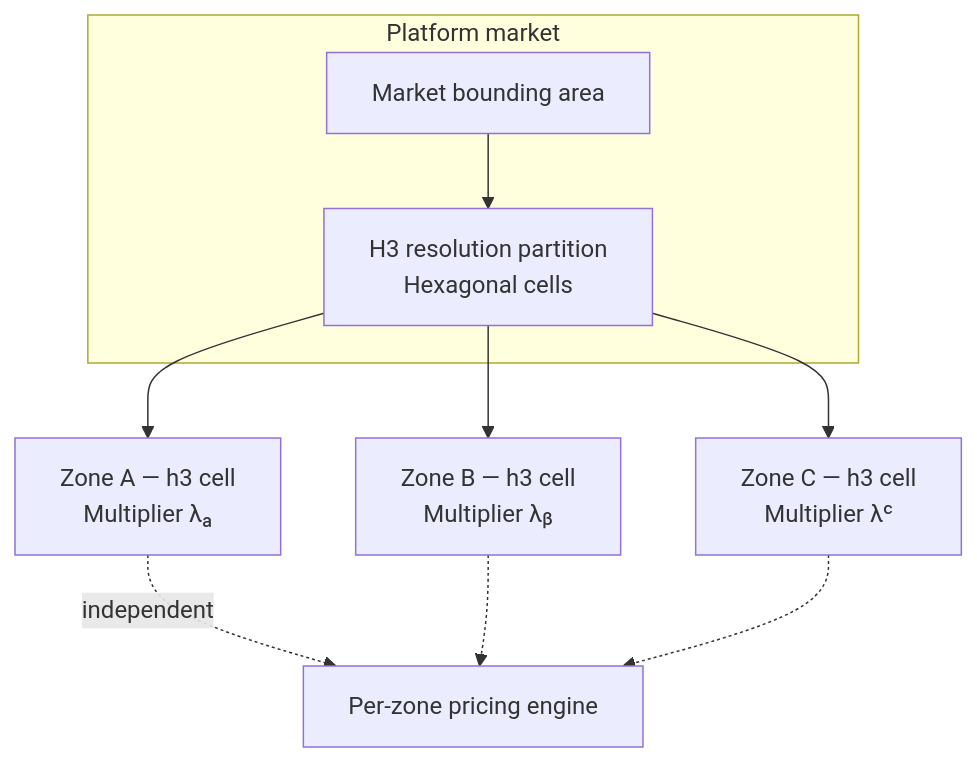
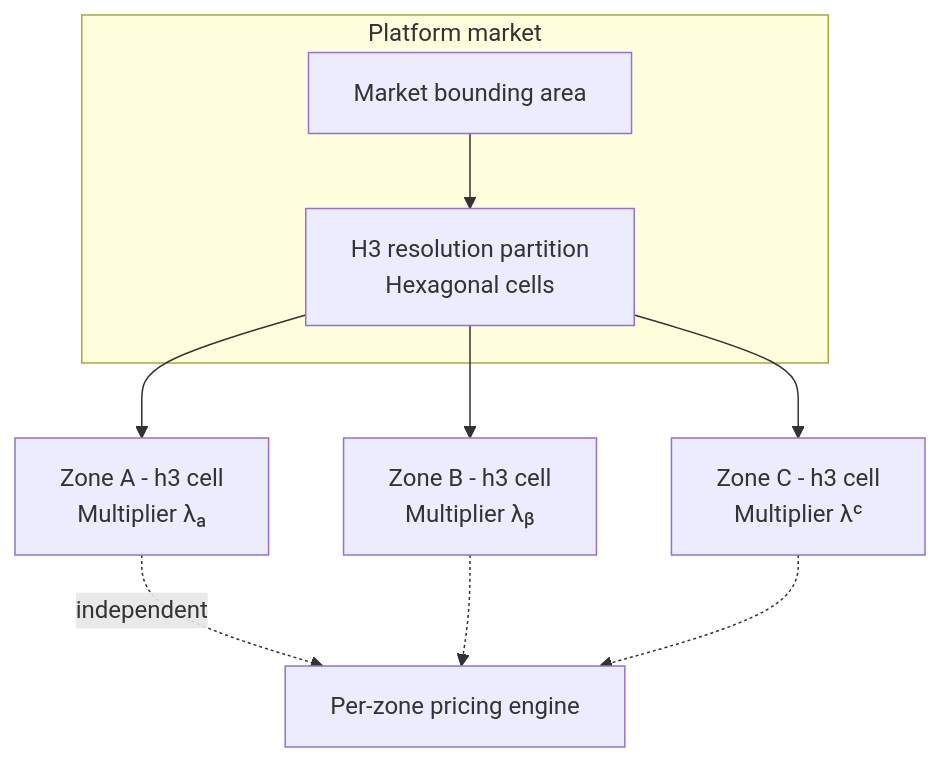
The third of 3 diagrams in 11-domain-catalog/09-dynamic-pricing.md (rishikeshdhokare/platform-manifesto), drawn with Mermaid before and after one commit. The commit also changed other lines of this file and 20 other files, not shown here.

````diff
--- a/11-domain-catalog/09-dynamic-pricing.md
+++ b/11-domain-catalog/09-dynamic-pricing.md
@@ -107,15 +107,15 @@
 ```mermaid
 flowchart TB
     subgraph Market["Platform market"]
         C[Market bounding area]
         C --> H3[H3 resolution partition\nHexagonal cells]
     end
 
-    H3 --> ZA[Zone A — h3 cell\nMultiplier λₐ]
-    H3 --> ZB[Zone B — h3 cell\nMultiplier λᵦ]
-    H3 --> ZC[Zone C — h3 cell\nMultiplier λᶜ]
+    H3 --> ZA[Zone A - h3 cell\nMultiplier λₐ]
+    H3 --> ZB[Zone B - h3 cell\nMultiplier λᵦ]
+    H3 --> ZC[Zone C - h3 cell\nMultiplier λᶜ]
 
     ZA -.->|independent| M[Per-zone pricing engine]
     ZB -.-> M
     ZC -.-> M
 ```
````
